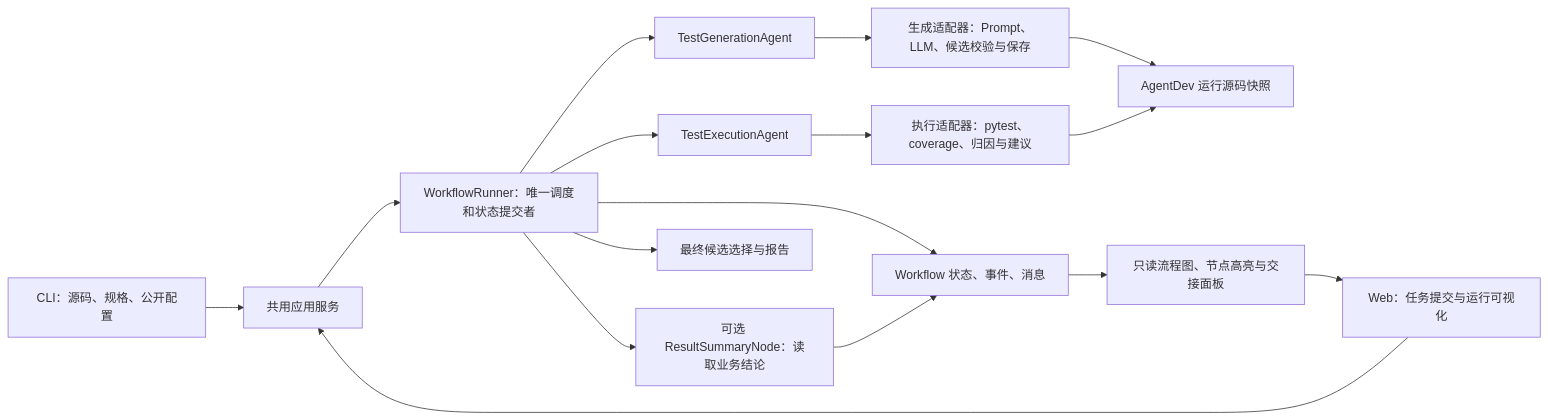
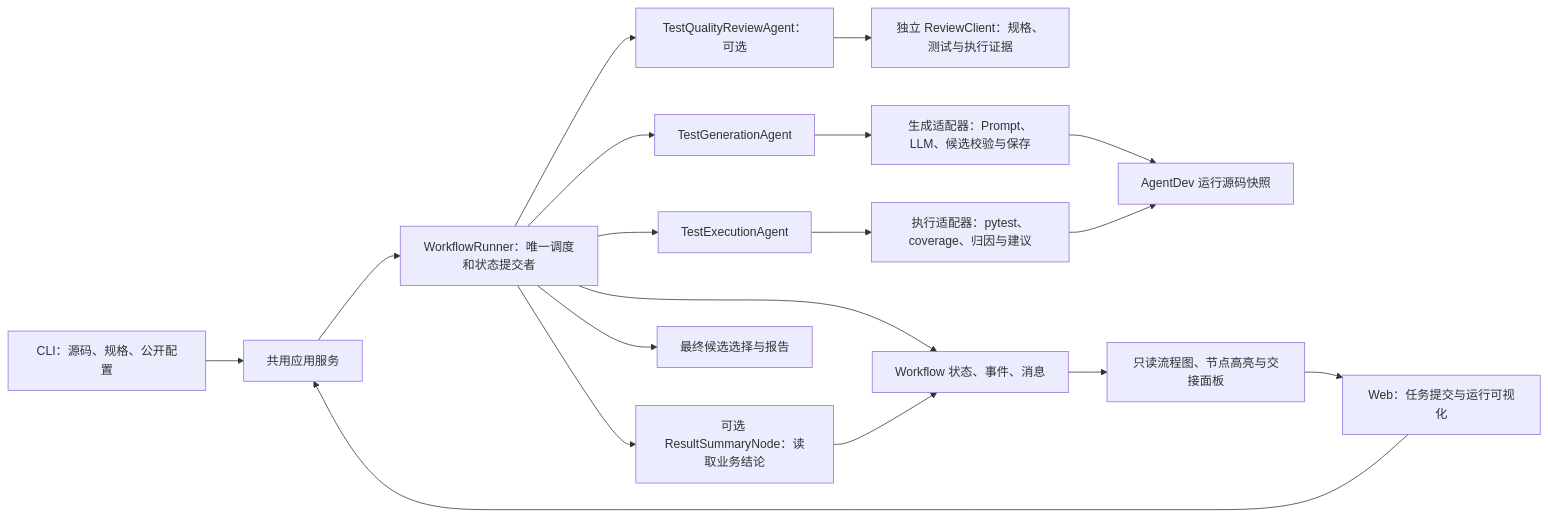
The first of 3 diagrams in Design.md (ZHZ1111/Workflow), drawn with Mermaid before and after one commit. The commit also changed other lines of this file and 30 other files, not shown here.

````diff
--- a/Design.md
+++ b/Design.md
@@ -7,18 +9,20 @@
 ```mermaid
 flowchart LR
     CLI[CLI：源码、规格、公开配置] --> SVC[共用应用服务]
     WEB[Web：任务提交与运行可视化] --> SVC
     SVC --> W[WorkflowRunner：唯一调度和状态提交者]
     W --> G[TestGenerationAgent]
     W --> E[TestExecutionAgent]
+    W --> Q[TestQualityReviewAgent：可选]
+    Q --> QC[独立 ReviewClient：规格、测试与执行证据]
     G --> GA[生成适配器：Prompt、LLM、候选校验与保存]
     E --> EA[执行适配器：pytest、coverage、归因与建议]
     GA --> V[AgentDev 运行源码快照]
     EA --> V
     W --> S[Workflow 状态、事件、消息]
     S --> VIEW[只读流程图、节点高亮与交接面板]
     VIEW --> WEB
     W --> N[可选 ResultSummaryNode：读取业务结论]
     N --> S
     W --> R[最终候选选择与报告]
 ```
````
